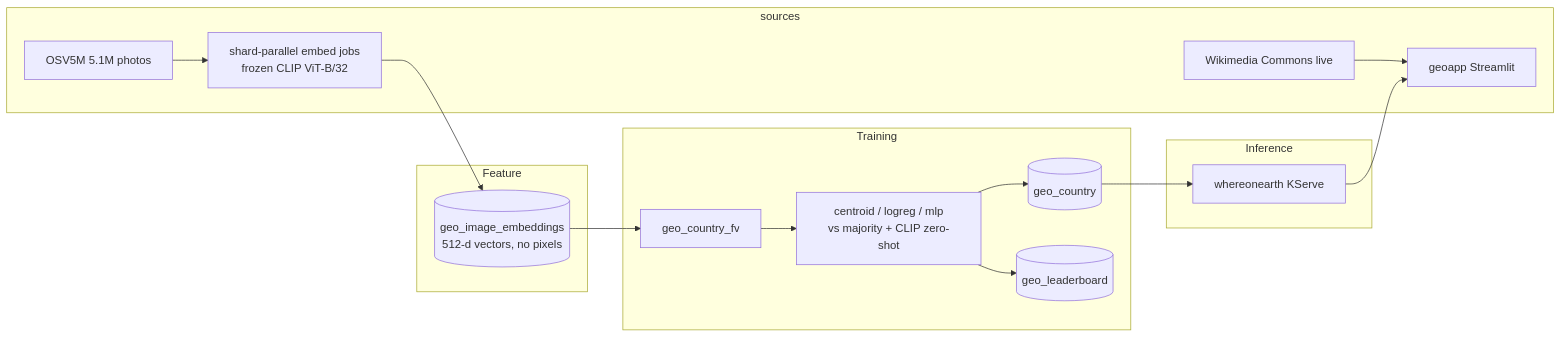
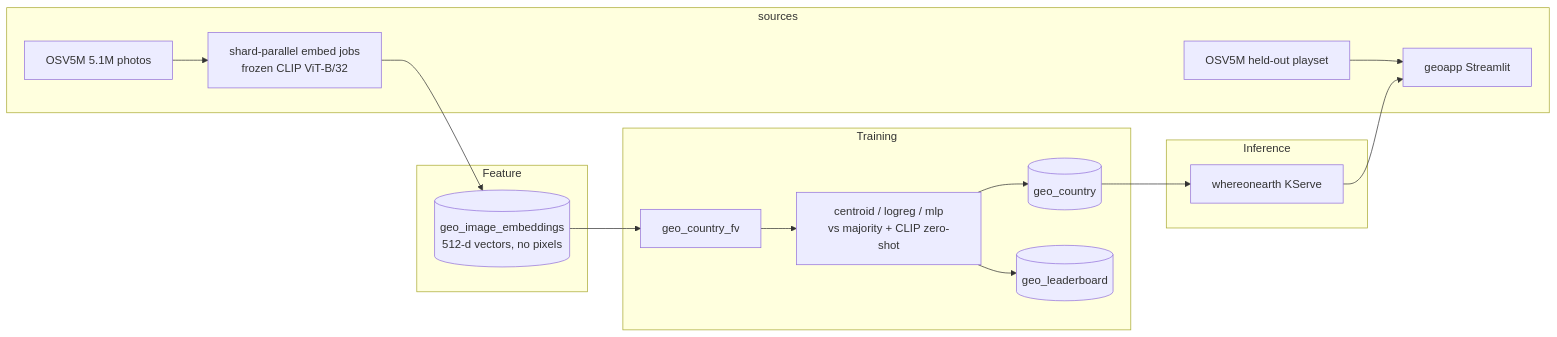
The diagram in README.md (MagicLex/where-on-earth), drawn with Mermaid before and after one commit. The commit also changed other lines of this file and 325 other files, not shown here.

Commit message:
Play tab: real held-out OSV5M street view with ground truth + attribution (Commons randoms were OOD); family dark theme

````diff
--- a/README.md
+++ b/README.md
@@ -63,18 +63,18 @@
 ```mermaid
 flowchart LR
     subgraph sources
       O[OSV5M 5.1M photos] --> E
-      W[Wikimedia Commons live] --> APP
+      P[OSV5M held-out playset] --> APP
     end
     subgraph Feature
       E[shard-parallel embed jobs<br/>frozen CLIP ViT-B/32] --> FG[(geo_image_embeddings<br/>512-d vectors, no pixels)]
     end
     FG --> FV[geo_country_fv]
     subgraph Training
       FV --> T[centroid / logreg / mlp<br/>vs majority + CLIP zero-shot] --> M[(geo_country)]
       T --> LB[(geo_leaderboard)]
     end
     subgraph Inference
       M --> D[whereonearth KServe] --> APP[geoapp Streamlit]
     end
 ```
````
